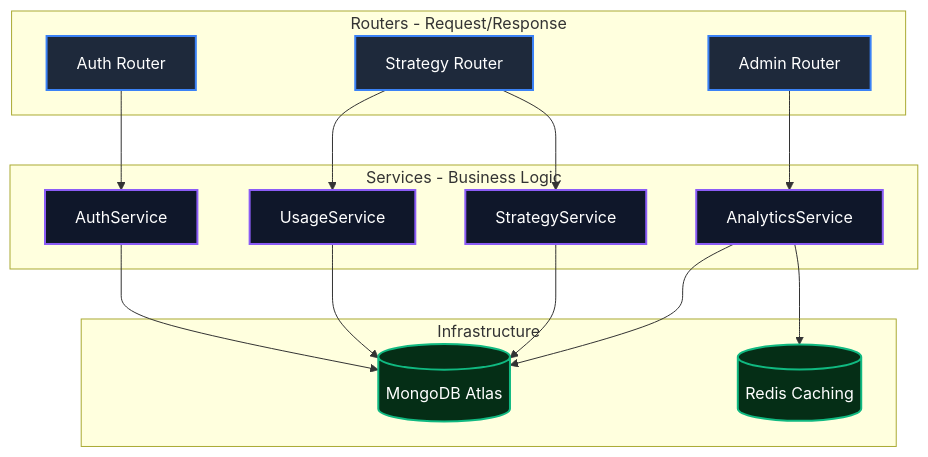
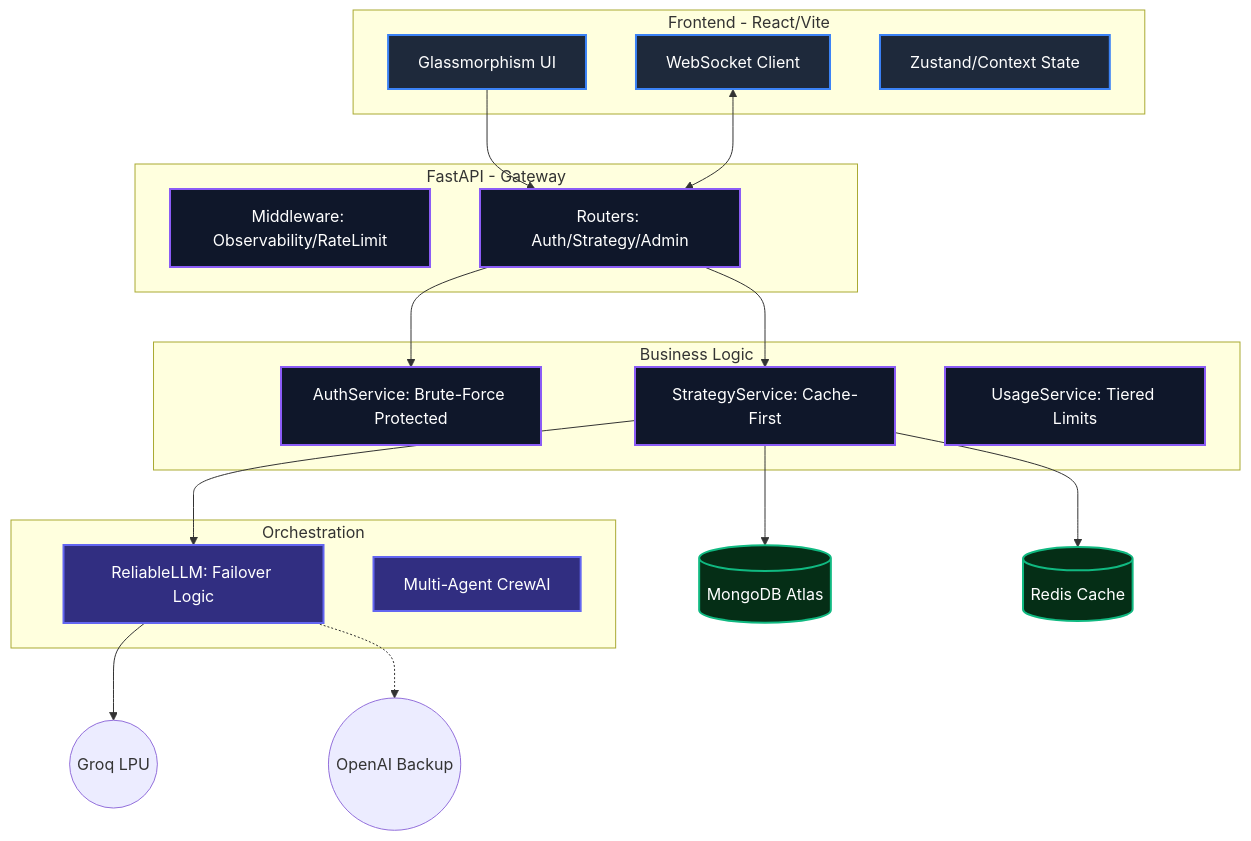
The diagram in README.md (ayush-lakhani/Planvix), drawn with Mermaid before and after one commit. The commit also changed other lines of this file and 37 other files, not shown here.

````diff
--- a/README.md
+++ b/README.md
@@ -55,38 +58,46 @@
 ```mermaid
 graph TD
     classDef router fill:#1e293b,stroke:#3b82f6,stroke-width:2px,color:#fff
     classDef service fill:#0f172a,stroke:#8b5cf6,stroke-width:2px,color:#fff
     classDef data fill:#052e16,stroke:#10b981,stroke-width:2px,color:#fff
+    classDef ai fill:#312e81,stroke:#6366f1,stroke-width:2px,color:#fff
 
-    subgraph API_Layer [Routers - Request/Response]
-        R1[Auth Router]
-        R2[Strategy Router]
-        R3[Admin Router]
+    subgraph Client_Layer [Frontend - React/Vite]
+        UI[Glassmorphism UI]
+        WS_C[WebSocket Client]
+        Store[Zustand/Context State]
     end
 
-    subgraph Logic_Layer [Services - Business Logic]
-        S1[AuthService]
-        S2[UsageService]
-        S3[AnalyticsService]
-        S4[StrategyService]
+    subgraph API_Layer [FastAPI - Gateway]
+        MW[Middleware: Observability/RateLimit]
+        RT[Routers: Auth/Strategy/Admin]
     end
 
-    subgraph Data_Layer [Infrastructure]
-        M[(MongoDB Atlas)]
-        R[(Redis Caching)]
+    subgraph Service_Layer [Business Logic]
+        AuthS[AuthService: Brute-Force Protected]
+        StratS[StrategyService: Cache-First]
+        UsageS[UsageService: Tiered Limits]
     end
 
-    R1 --> S1
-    R2 --> S2
-    R2 --> S4
-    R3 --> S3
-    S1 --> M
-    S2 --> M
-    S3 --> M
-    S3 --> R
-    S4 --> M
+    subgraph AI_Engine [Orchestration]
+        ReliableLLM[ReliableLLM: Failover Logic]
+        Agents[Multi-Agent CrewAI]
+    end
 
-    class R1,R2,R3 router
-    class S1,S2,S3,S4 service
+    UI --> RT
+    WS_C <--> RT
+    RT --> AuthS
+    RT --> StratS
+    StratS --> ReliableLLM
+    ReliableLLM --> Groq((Groq LPU))
+    ReliableLLM -.-> OpenAI((OpenAI Backup))
+    
+    StratS --> M[(MongoDB Atlas)]
+    StratS --> R[(Redis Cache)]
+
+    class UI,WS_C,Store router
+    class MW,RT service
+    class AuthS,StratS,UsageS service
+    class ReliableLLM,Agents ai
     class M,R data
 ```
````
